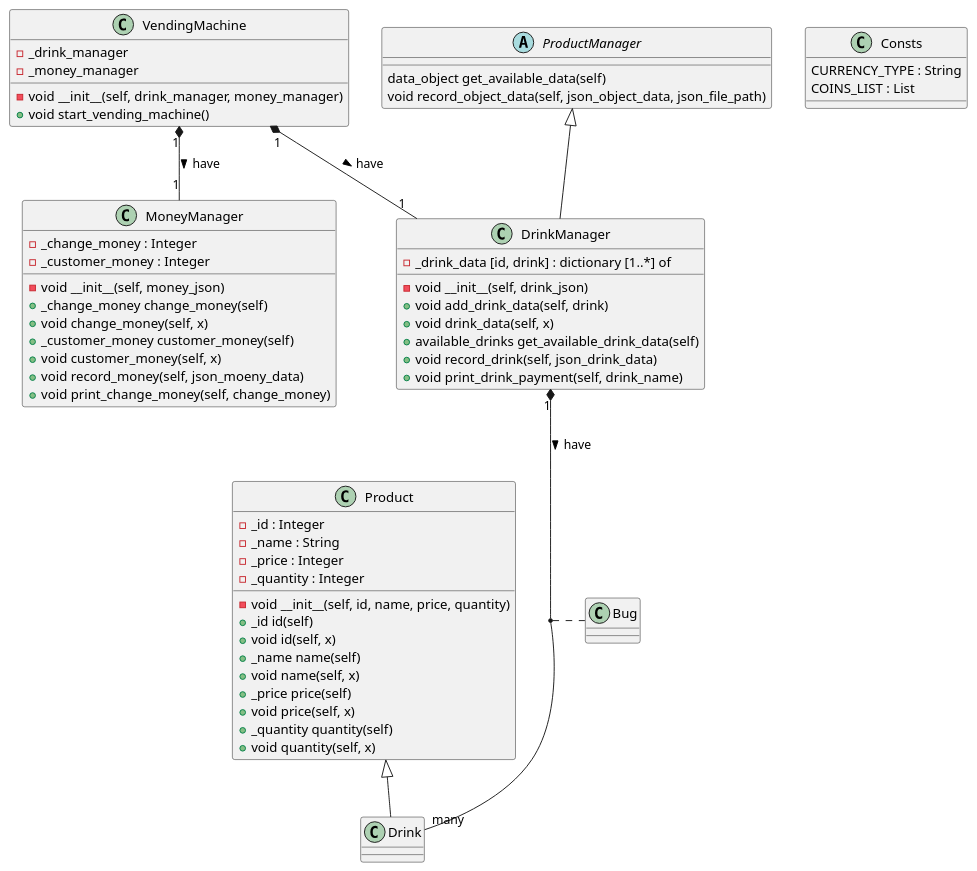
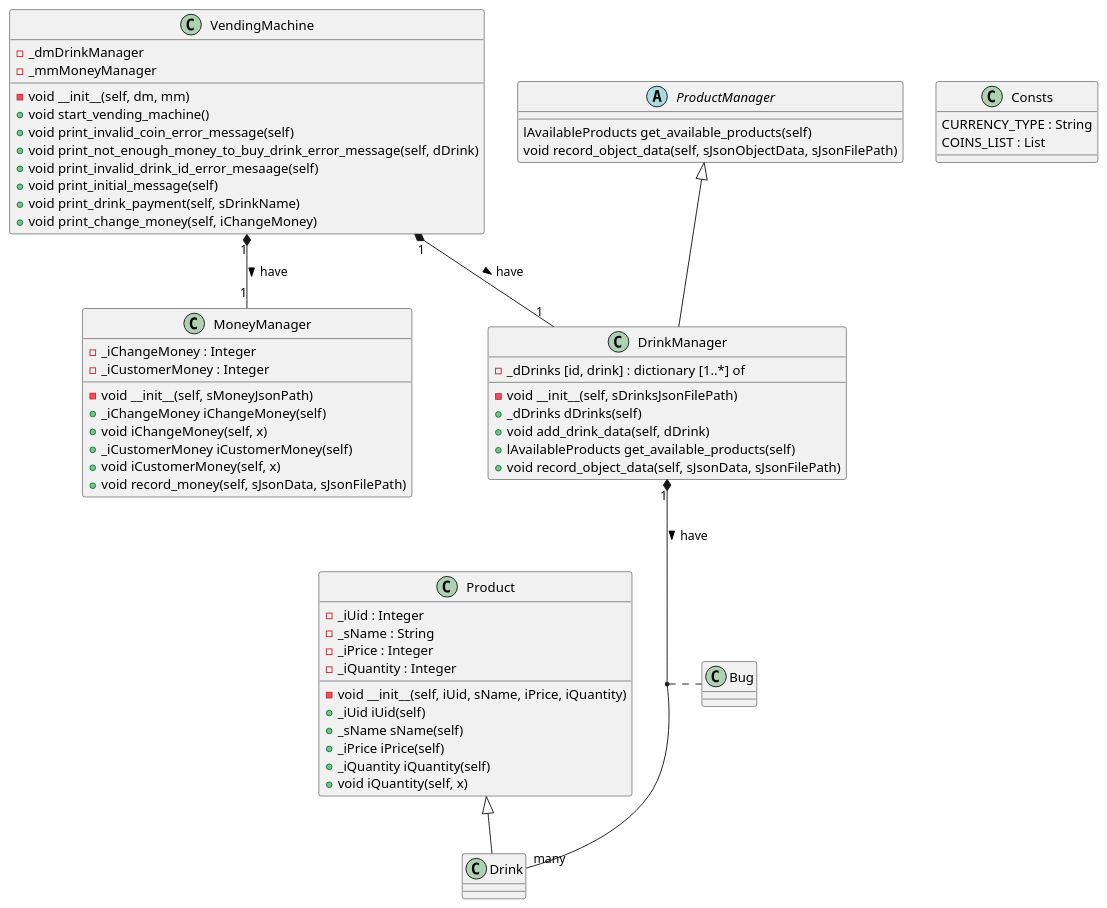
Before and after one commit to avielas/VendingMachine: the diagram in aviela_home_assignment/uml/design.puml, drawn with PlantUML. The commit also changed 13 other files, not shown here.

Commit message:
refactoring variable names. move print_drink_payment and print_change_money to vending_machine class

```diff
--- a/aviela_home_assignment/uml/design.puml
+++ b/aviela_home_assignment/uml/design.puml
@@ -1,68 +1,69 @@
 @startuml class diagram
 'https://plantuml.com/class-diagram
 
 class VendingMachine{
-    -_drink_manager
-    -_money_manager
-    -void __init__(self, drink_manager, money_manager)
+    -_dmDrinkManager
+    -_mmMoneyManager
+    -void __init__(self, dm, mm)
     +void start_vending_machine()
+    +void print_invalid_coin_error_message(self)
+    +void print_not_enough_money_to_buy_drink_error_message(self, dDrink)
+    +void print_invalid_drink_id_error_mesaage(self)
+    +void print_initial_message(self)
+    +void print_drink_payment(self, sDrinkName)
+    +void print_change_money(self, iChangeMoney)
 }
 
 class MoneyManager{
-    -_change_money : Integer
-    -_customer_money : Integer
-    - void __init__(self, money_json)
-    +_change_money change_money(self)
-    +void change_money(self, x)
-    +_customer_money customer_money(self)
-    +void customer_money(self, x)
-    +void record_money(self, json_moeny_data)
-    +void print_change_money(self, change_money)
+    -_iChangeMoney : Integer
+    -_iCustomerMoney : Integer
+    - void __init__(self, sMoneyJsonPath)
+    +_iChangeMoney iChangeMoney(self)
+    +void iChangeMoney(self, x)
+    +_iCustomerMoney iCustomerMoney(self)
+    +void iCustomerMoney(self, x)
+    +void record_money(self, sJsonData, sJsonFilePath)
 }
 
 class DrinkManager{
-    -_drink_data [id, drink] : dictionary [1..*] of
-    -void __init__(self, drink_json)
-    +void add_drink_data(self, drink)
-    +void drink_data(self, x)
-    +available_drinks get_available_drink_data(self)
-    +void record_drink(self, json_drink_data)
-    +void print_drink_payment(self, drink_name)
+    -_dDrinks [id, drink] : dictionary [1..*] of
+    -void __init__(self, sDrinksJsonFilePath)
+    +_dDrinks dDrinks(self)
+    +void add_drink_data(self, dDrink)
+    +lAvailableProducts get_available_products(self)
+    +void record_object_data(self, sJsonData, sJsonFilePath)
 }
 
 class Product{
-    -_id : Integer
-    -_name : String
-    -_price : Integer
-    -_quantity : Integer
-    -void __init__(self, id, name, price, quantity)
-    +_id id(self)
-    +void id(self, x)
-    +_name name(self)
-    +void name(self, x)
-    +_price price(self)
-    +void price(self, x)
-    +_quantity quantity(self)
-    +void quantity(self, x)
+    -_iUid : Integer
+    -_sName : String
+    -_iPrice : Integer
+    -_iQuantity : Integer
+    -void __init__(self, iUid, sName, iPrice, iQuantity)
+    +_iUid iUid(self)
+    +_sName sName(self)
+    +_iPrice iPrice(self)
+    +_iQuantity iQuantity(self)
+    +void iQuantity(self, x)
 }
 
 class Drink{}
 
 class Consts{
     CURRENCY_TYPE : String
     COINS_LIST : List
 }
 
 abstract class ProductManager{
-    data_object get_available_data(self)
-    void record_object_data(self, json_object_data, json_file_path)
+    lAvailableProducts get_available_products(self)
+    void record_object_data(self, sJsonObjectData, sJsonFilePath)
 }
 
 ProductManager <|-- DrinkManager
 Product <|-- Drink
 VendingMachine "1" *-- "1" DrinkManager : have >
 VendingMachine "1" *-- "1" MoneyManager : have >
 DrinkManager "1" *-- "many" Drink :have >
 (Drink, DrinkManager) . Bug
 
 @enduml
```
